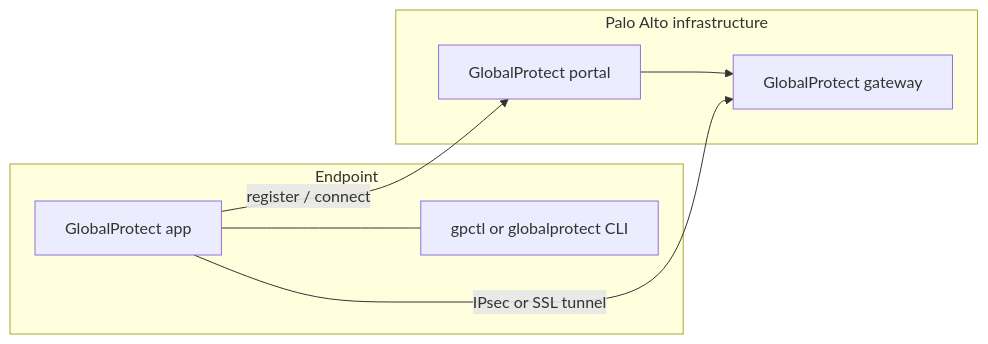
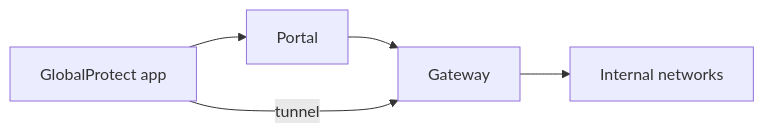
Before and after one commit to roto31/Tunnel-Monitor---Universal: the first of 4 diagrams in docs/vpn-solutions/palo-alto-globalprotect.md, drawn with Mermaid. The commit also changed other lines of this file and 22 other files, not shown here.

````diff
--- a/docs/vpn-solutions/palo-alto-globalprotect.md
+++ b/docs/vpn-solutions/palo-alto-globalprotect.md
@@ -29,15 +25,7 @@
 ```mermaid
 flowchart LR
-    subgraph endpoint [Endpoint]
-        GP[GlobalProtect app]
-        CLI[gpctl or globalprotect CLI]
-        GP --- CLI
-    end
-    subgraph cloud [Palo Alto infrastructure]
-        PORTAL[GlobalProtect portal]
-        GW[GlobalProtect gateway]
-    end
-    PORTAL --> GW
-    GP -->|register / connect| PORTAL
-    GP -->|IPsec or SSL tunnel| GW
+    GP[GlobalProtect app] --> PORTAL[Portal]
+    PORTAL --> GW[Gateway]
+    GP -->|tunnel| GW
+    GW --> LAN[Internal networks]
 ```
````
